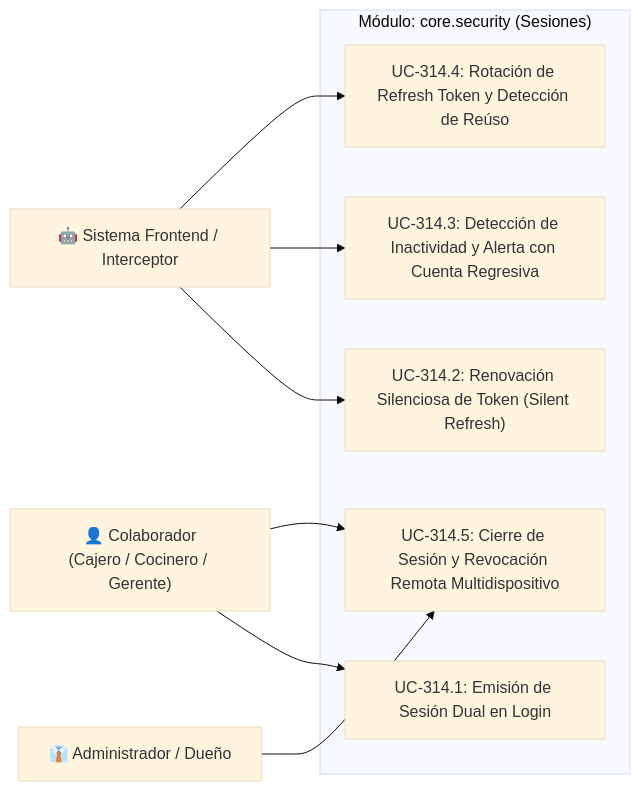
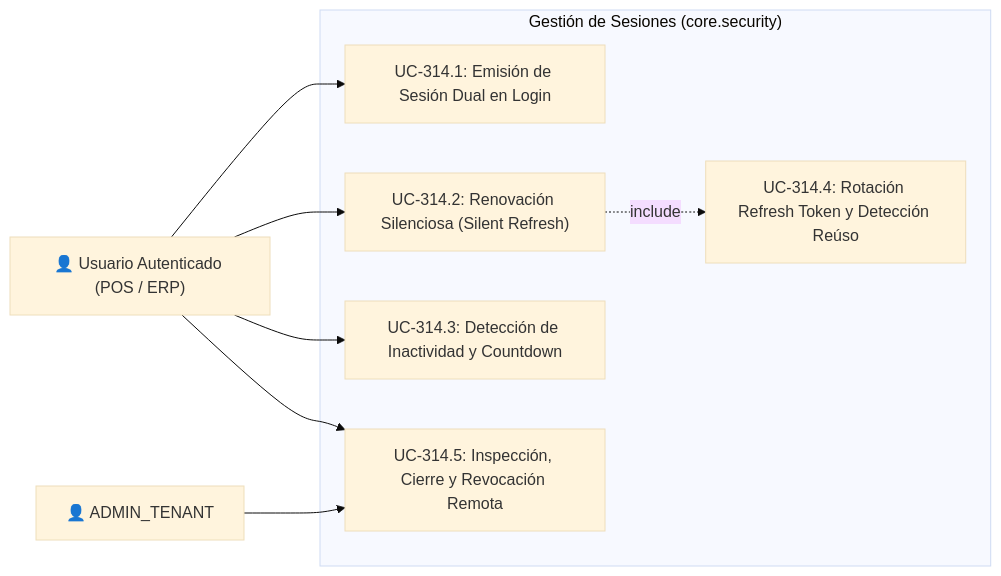
The diagram in docs/project/architecture/03-use-cases/use_cases_sessions.md (vakajose/gestion-restaurante), drawn with Mermaid (base theme) before and after one commit. The commit also changed other lines of this file and 156 other files, not shown here.

````diff
--- a/docs/project/architecture/03-use-cases/use_cases_sessions.md
+++ b/docs/project/architecture/03-use-cases/use_cases_sessions.md
@@ -25,21 +25,20 @@
 ```mermaid
 flowchart LR
-    Colaborador["👤 Colaborador<br/>(Cajero / Cocinero / Gerente)"]
-    Admin["👔 Administrador / Dueño"]
-    Sistema["🤖 Sistema Frontend / Interceptor"]
+    User["👤 Usuario Autenticado (POS / ERP)"]
+    Admin["👤 ADMIN_TENANT"]
 
-    subgraph Mod_Sesiones["Módulo: core.security (Sesiones)"]
-        UC314_1["UC-314.1: Emisión de Sesión Dual en Login"]
-        UC314_2["UC-314.2: Renovación Silenciosa de Token (Silent Refresh)"]
-        UC314_3["UC-314.3: Detección de Inactividad y Alerta con Cuenta Regresiva"]
-        UC314_4["UC-314.4: Rotación de Refresh Token y Detección de Reúso"]
-        UC314_5["UC-314.5: Cierre de Sesión y Revocación Remota Multidispositivo"]
+    subgraph Mod_Sessions["Gestión de Sesiones (core.security)"]
+        UC1["UC-314.1: Emisión de Sesión Dual en Login"]
+        UC2["UC-314.2: Renovación Silenciosa (Silent Refresh)"]
+        UC3["UC-314.3: Detección de Inactividad y Countdown"]
+        UC4["UC-314.4: Rotación Refresh Token y Detección Reúso"]
+        UC5["UC-314.5: Inspección, Cierre y Revocación Remota"]
     end
 
-    Colaborador --> UC314_1
-    Sistema --> UC314_2
-    Sistema --> UC314_3
-    Sistema --> UC314_4
-    Colaborador --> UC314_5
-    Admin --> UC314_5
+    User --> UC1
+    User --> UC2
+    User --> UC3
+    User --> UC5
+    Admin --> UC5
+    UC2 -.->|"include"| UC4
 ```
````
